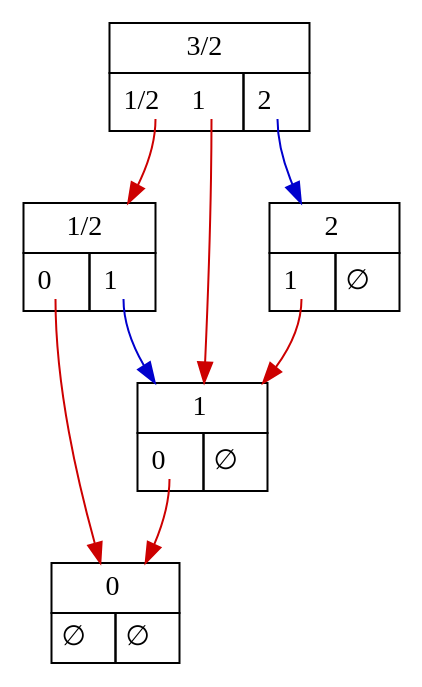
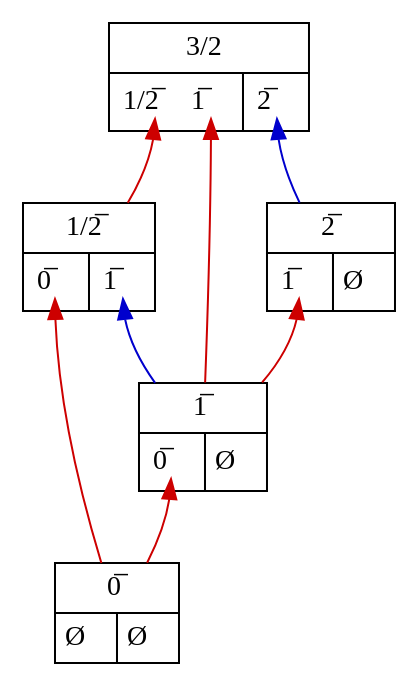
The diagram in examples/Data/addition_ex_11.dot (mroughan/SurrealNumbers.jl), drawn with Graphviz before and after one commit. The commit also changed 59 other files, not shown here.

```diff
--- a/examples/Data/addition_ex_11.dot
+++ b/examples/Data/addition_ex_11.dot
@@ -1,39 +1,39 @@
 digraph "1.5" {
    node_1 [shape=none,margin=0,label=
          <<TABLE BORDER="0" CELLBORDER="1" CELLSPACING="0" CELLPADDING="4">
          <TR><TD COLSPAN="2">3/2</TD></TR>
-         <TR><TD PORT="L"> <TABLE BORDER="0" CELLBORDER="0" CELLPADDING="0"><TR><TD PORT="1/2,1"> 1/2 </TD> &nbsp; <TD PORT="1,2"> 1 </TD> &nbsp; </TR></TABLE> </TD><TD PORT="R"> <TABLE BORDER="0" CELLBORDER="0" CELLPADDING="0"><TR><TD PORT="2,1"> 2 </TD> &nbsp; </TR></TABLE> </TD></TR>
+         <TR><TD PORT="L"> <TABLE BORDER="0" CELLBORDER="0" CELLPADDING="0"><TR><TD PORT="1/2,1"> 1/2̅ </TD> &nbsp; <TD PORT="1,2"> 1̅ </TD> &nbsp; </TR></TABLE> </TD><TD PORT="R"> <TABLE BORDER="0" CELLBORDER="0" CELLPADDING="0"><TR><TD PORT="2,1"> 2̅ </TD> &nbsp; </TR></TABLE> </TD></TR>
          </TABLE>>,
          ];
-   node_1:"1/2,1" -> node_2 [color="red3"];
+   node_1:"1/2,1" -> node_2 [color="red3", dir=back];
    node_2 [shape=none,margin=0,label=
          <<TABLE BORDER="0" CELLBORDER="1" CELLSPACING="0" CELLPADDING="4">
-         <TR><TD COLSPAN="2">1/2</TD></TR>
-         <TR><TD PORT="L"> <TABLE BORDER="0" CELLBORDER="0" CELLPADDING="0"><TR><TD PORT="0,1"> 0 </TD> &nbsp; </TR></TABLE> </TD><TD PORT="R"> <TABLE BORDER="0" CELLBORDER="0" CELLPADDING="0"><TR><TD PORT="1,1"> 1 </TD> &nbsp; </TR></TABLE> </TD></TR>
+         <TR><TD COLSPAN="2">1/2̅</TD></TR>
+         <TR><TD PORT="L"> <TABLE BORDER="0" CELLBORDER="0" CELLPADDING="0"><TR><TD PORT="0,1"> 0̅ </TD> &nbsp; </TR></TABLE> </TD><TD PORT="R"> <TABLE BORDER="0" CELLBORDER="0" CELLPADDING="0"><TR><TD PORT="1,1"> 1̅ </TD> &nbsp; </TR></TABLE> </TD></TR>
          </TABLE>>,
          ];
-   node_2:"0,1" -> node_3 [color="red3"];
+   node_2:"0,1" -> node_3 [color="red3", dir=back];
    node_3 [shape=none,margin=0,label=
          <<TABLE BORDER="0" CELLBORDER="1" CELLSPACING="0" CELLPADDING="4">
-         <TR><TD COLSPAN="2">0</TD></TR>
-         <TR><TD PORT="L"> ∅ </TD><TD PORT="R"> ∅ </TD></TR>
+         <TR><TD COLSPAN="2">0̅</TD></TR>
+         <TR><TD PORT="L"> Ø </TD><TD PORT="R"> Ø </TD></TR>
          </TABLE>>,
          ];
-   node_2:"1,1" -> node_4 [color="blue3"];
+   node_2:"1,1" -> node_4 [color="blue3", dir=back];
    node_4 [shape=none,margin=0,label=
          <<TABLE BORDER="0" CELLBORDER="1" CELLSPACING="0" CELLPADDING="4">
-         <TR><TD COLSPAN="2">1</TD></TR>
-         <TR><TD PORT="L"> <TABLE BORDER="0" CELLBORDER="0" CELLPADDING="0"><TR><TD PORT="0,1"> 0 </TD> &nbsp; </TR></TABLE> </TD><TD PORT="R"> ∅ </TD></TR>
+         <TR><TD COLSPAN="2">1̅</TD></TR>
+         <TR><TD PORT="L"> <TABLE BORDER="0" CELLBORDER="0" CELLPADDING="0"><TR><TD PORT="0,1"> 0̅ </TD> &nbsp; </TR></TABLE> </TD><TD PORT="R"> Ø </TD></TR>
          </TABLE>>,
          ];
-   node_4:"0,1" -> node_3 [color="red3"];
-   node_1:"1,2" -> node_4 [color="red3"];
-   node_1:"2,1" -> node_5 [color="blue3"];
+   node_4:"0,1" -> node_3 [color="red3", dir=back];
+   node_1:"1,2" -> node_4 [color="red3", dir=back];
+   node_1:"2,1" -> node_5 [color="blue3", dir=back];
    node_5 [shape=none,margin=0,label=
          <<TABLE BORDER="0" CELLBORDER="1" CELLSPACING="0" CELLPADDING="4">
-         <TR><TD COLSPAN="2">2</TD></TR>
-         <TR><TD PORT="L"> <TABLE BORDER="0" CELLBORDER="0" CELLPADDING="0"><TR><TD PORT="1,1"> 1 </TD> &nbsp; </TR></TABLE> </TD><TD PORT="R"> ∅ </TD></TR>
+         <TR><TD COLSPAN="2">2̅</TD></TR>
+         <TR><TD PORT="L"> <TABLE BORDER="0" CELLBORDER="0" CELLPADDING="0"><TR><TD PORT="1,1"> 1̅ </TD> &nbsp; </TR></TABLE> </TD><TD PORT="R"> Ø </TD></TR>
          </TABLE>>,
          ];
-   node_5:"1,1" -> node_4 [color="red3"];
+   node_5:"1,1" -> node_4 [color="red3", dir=back];
 }
```
